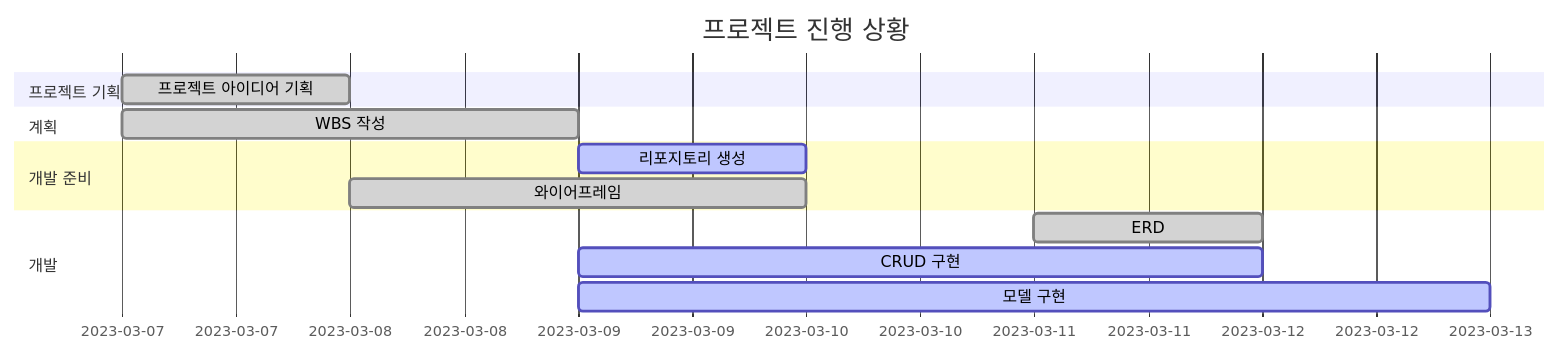
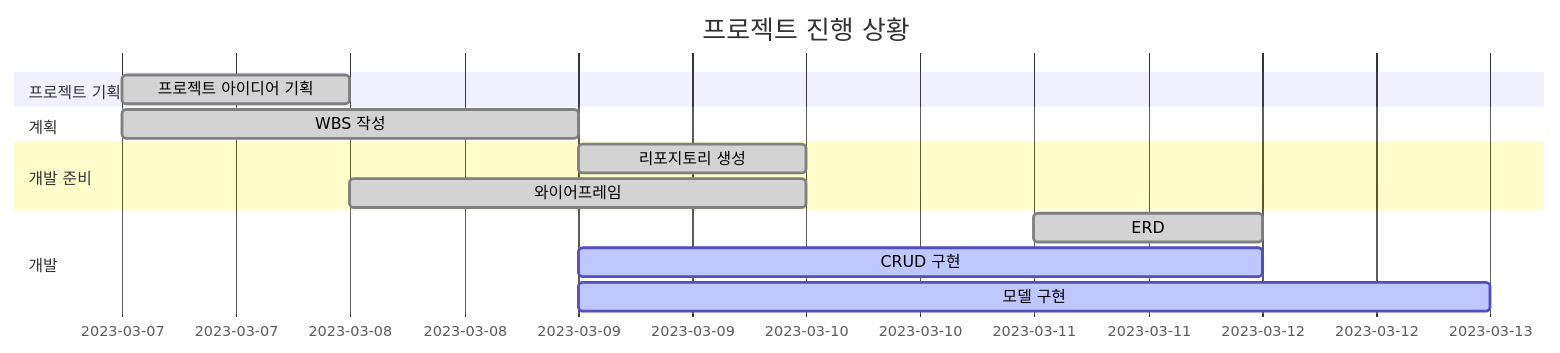
One commit to YooJi3un/Booklog changed the diagram in README.md. Above: the diagram before and after it, drawn with Mermaid.

````diff
--- a/README.md
+++ b/README.md
@@ -32,20 +32,20 @@
 ```mermaid
 gantt
     dateFormat  YYYY-MM-DD
     title 프로젝트 진행 상황
 
     section 프로젝트 기획
     프로젝트 아이디어 기획    :done,    des1, 2023-03-07, 1d
     
     section 계획
     WBS 작성   :done,    des2, 2023-03-07, 2d
     
     section 개발 준비
-    리포지토리 생성 :active,  des3, 2023-03-09, 1d
+    리포지토리 생성 :done,  des3, 2023-03-09, 1d
     와이어프레임      :done, des4, 2023-03-08, 2d
     
     section 개발
     ERD          :         done, des4, 2023-03-11, 1d
     CRUD 구현        :       active, des4, 2023-03-09, 3d
     모델 구현       :       active, des4, 2023-03-09, 4d
 ```
````
